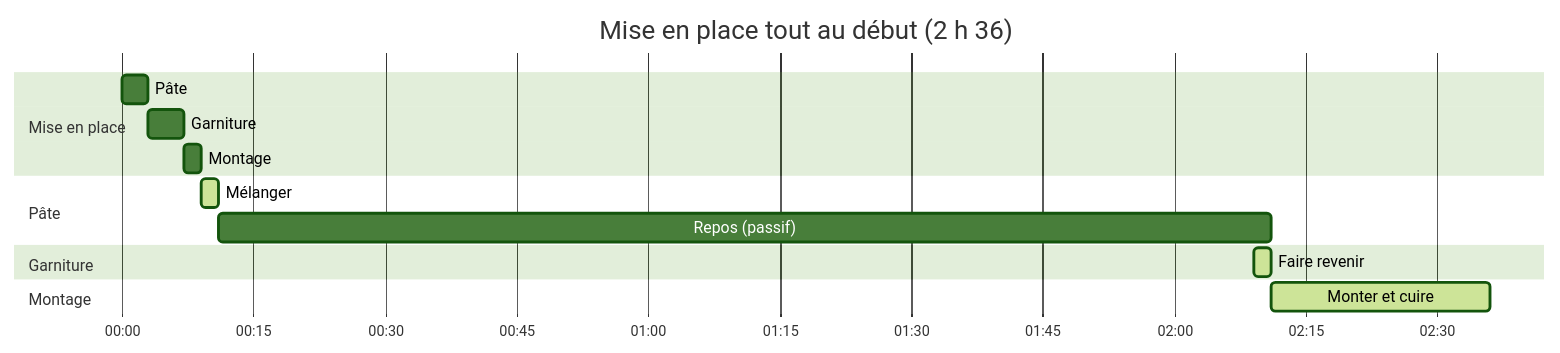
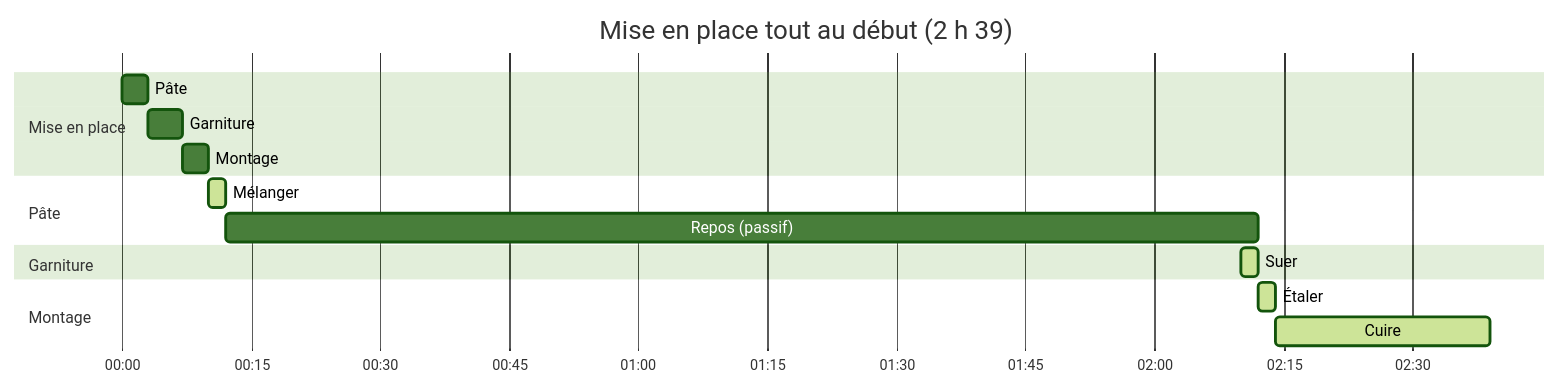
The fourth of 5 diagrams in packages/docs/src/content/docs/fr/docs/explanation/alap-scheduling.mdx (gram-lang/gram), drawn with Mermaid (forest theme) before and after one commit. The commit also changed other lines of this file and 1 other file, not shown here.

Commit message:
docs: align the mise en place diagrams with the updated example recipe

````diff
--- a/packages/docs/src/content/docs/fr/docs/explanation/alap-scheduling.mdx
+++ b/packages/docs/src/content/docs/fr/docs/explanation/alap-scheduling.mdx
@@ -118,18 +121,19 @@
 ```mermaid
 gantt
-    title Mise en place tout au début (2 h 36)
+    title Mise en place tout au début (2 h 39)
     dateFormat  HH:mm
     axisFormat %H:%M
     todayMarker off
     section Mise en place
     Pâte                              : p1, 00:00, 3m
     Garniture                         : p2, 00:03, 4m
-    Montage                           : p3, 00:07, 2m
+    Montage                           : p3, 00:07, 3m
     section Pâte
-    Mélanger                          : active, a1, 00:09, 2m
-    Repos (passif)                    : r1, 00:11, 120m
+    Mélanger                          : active, a1, 00:10, 2m
+    Repos (passif)                    : r1, 00:12, 120m
     section Garniture
-    Faire revenir                     : active, a2, 02:09, 2m
+    Suer                              : active, a2, 02:10, 2m
     section Montage
-    Monter et cuire                   : active, a3, 02:11, 25m
+    Étaler                            : active, a3, 02:12, 2m
+    Cuire                             : active, a4, 02:14, 25m
 ```
````
